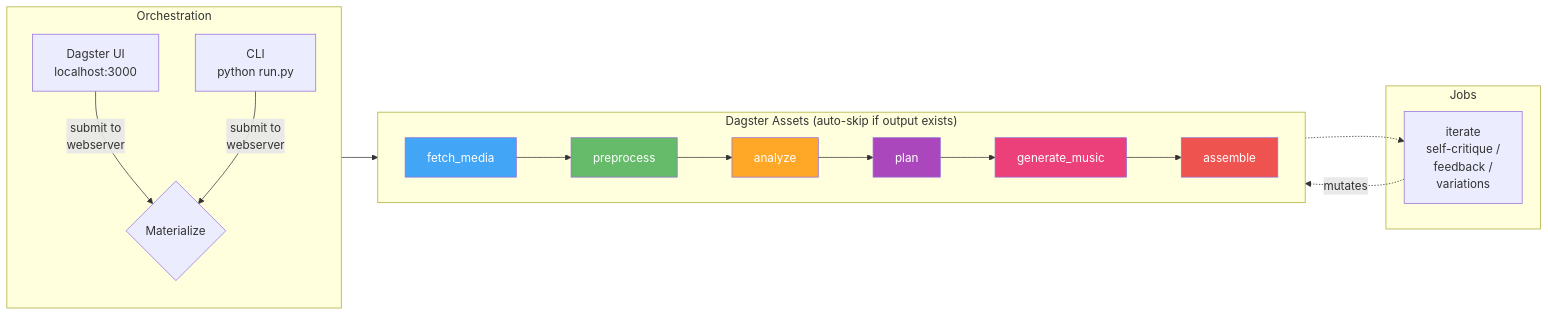
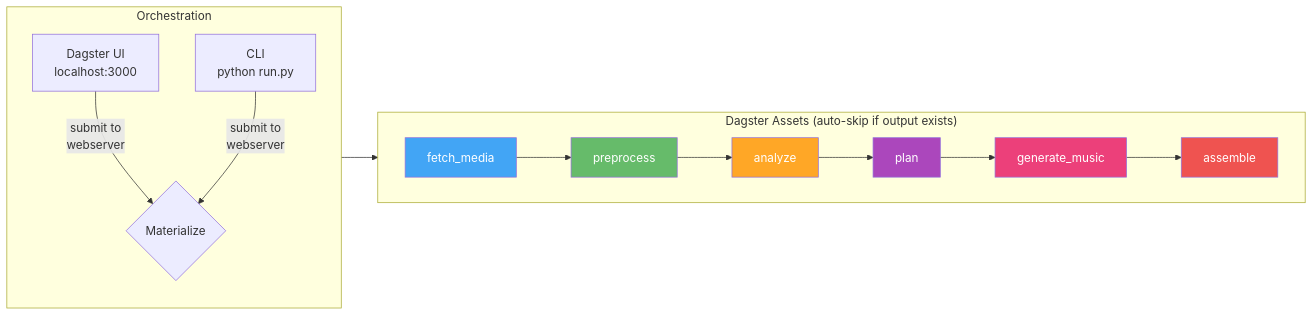
Before and after one commit to Guoyuer/reelsmith: the diagram in README.md, drawn with Mermaid. The commit also changed other lines of this file and 8 other files, not shown here.

First line of the commit message:
Remove iterate/feedback/variations — simplify to re-run workflow

````diff
--- a/README.md
+++ b/README.md
@@ -7,32 +7,27 @@
 ```mermaid
 flowchart LR
     subgraph Orchestration
         direction TB
         DG[Dagster UI<br/>localhost:3000]
         CLI[CLI<br/>python run.py]
         DG & CLI -->|submit to<br/>webserver| MAT{Materialize}
     end
 
     subgraph "Dagster Assets (auto-skip if output exists)"
         direction LR
         FM[fetch_media] --> PP[preprocess]
         PP --> AN[analyze]
         AN --> PL[plan]
         PL --> GM[generate_music]
         GM --> AS[assemble]
     end
 
-    subgraph "Jobs"
-        IT[iterate<br/>self-critique /<br/>feedback /<br/>variations]
-    end
-
     MAT --> FM
-    AS -.-> IT -.->|mutates| PL
 
     style FM fill:#42A5F5,color:#fff
     style PP fill:#66BB6A,color:#fff
     style AN fill:#FFA726,color:#fff
     style PL fill:#AB47BC,color:#fff
     style GM fill:#EC407A,color:#fff
     style AS fill:#EF5350,color:#fff
 ```
````
